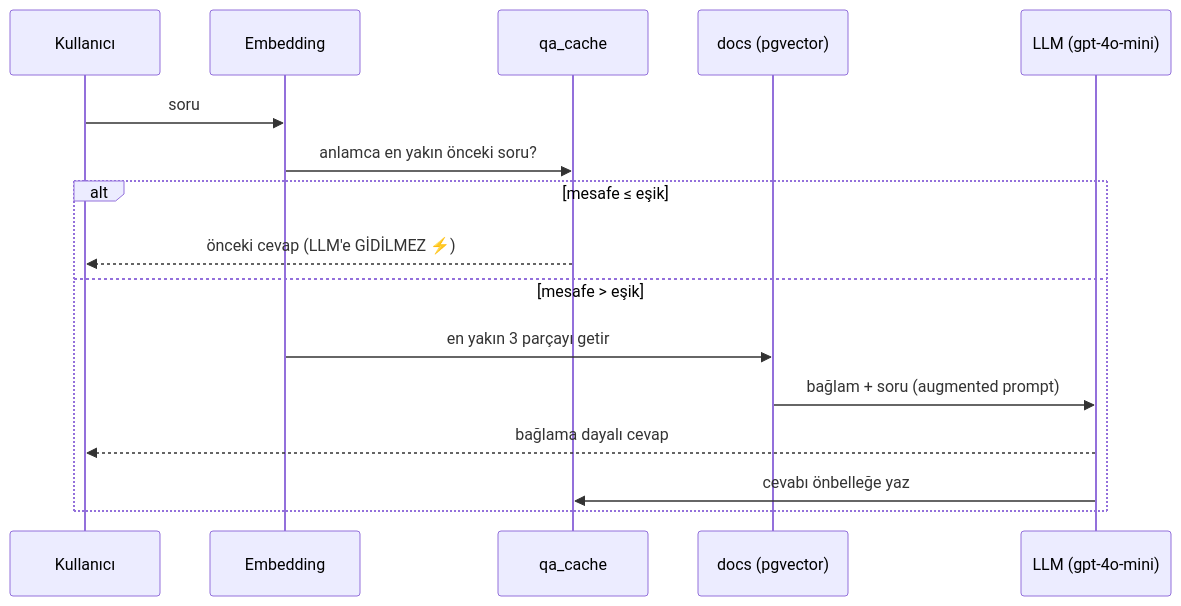
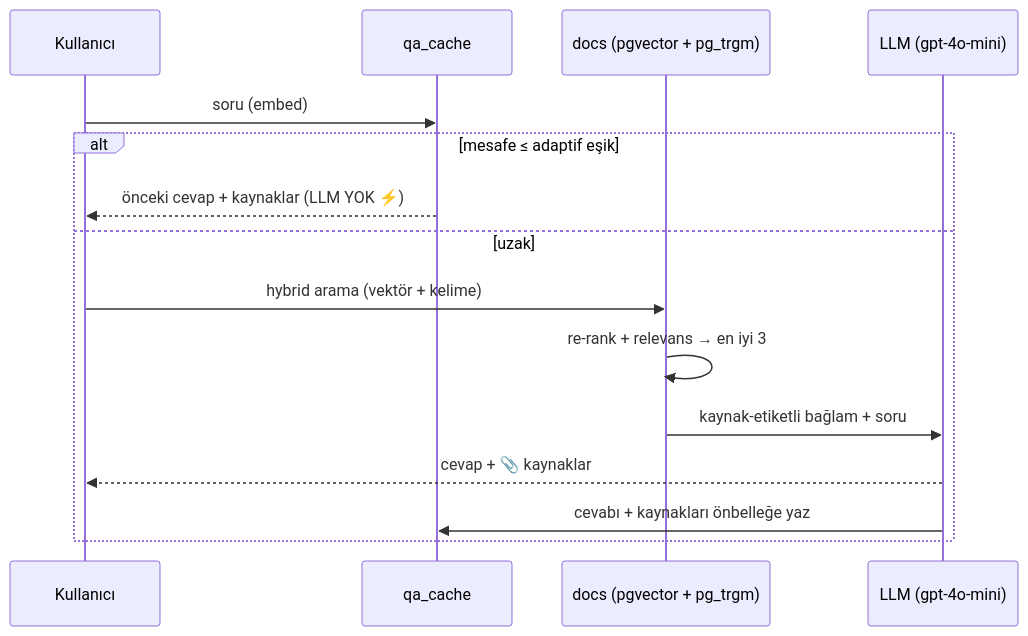
One commit to fevziacikgoz/RagProject changed the second of 3 diagrams in README.md. Above: the diagram before and after it, drawn with Mermaid. The commit also changed other lines of this file and 15 other files, not shown here.

````diff
--- a/README.md
+++ b/README.md
@@ -132,18 +103,17 @@
 ```mermaid
 sequenceDiagram
     participant U as Kullanıcı
-    participant E as Embedding
     participant C as qa_cache
-    participant D as docs (pgvector)
+    participant D as docs (pgvector + pg_trgm)
     participant L as LLM (gpt-4o-mini)
-    U->>E: soru
-    E->>C: anlamca en yakın önceki soru?
-    alt mesafe ≤ eşik
-        C-->>U: önceki cevap (LLM'e GİDİLMEZ ⚡)
-    else mesafe > eşik
-        E->>D: en yakın 3 parçayı getir
-        D->>L: bağlam + soru (augmented prompt)
-        L-->>U: bağlama dayalı cevap
-        L->>C: cevabı önbelleğe yaz
+    U->>C: soru (embed)
+    alt mesafe ≤ adaptif eşik
+        C-->>U: önceki cevap + kaynaklar (LLM YOK ⚡)
+    else uzak
+        U->>D: hybrid arama (vektör + kelime)
+        D->>D: re-rank + relevans → en iyi 3
+        D->>L: kaynak-etiketli bağlam + soru
+        L-->>U: cevap + 📎 kaynaklar
+        L->>C: cevabı + kaynakları önbelleğe yaz
     end
 ```
````
